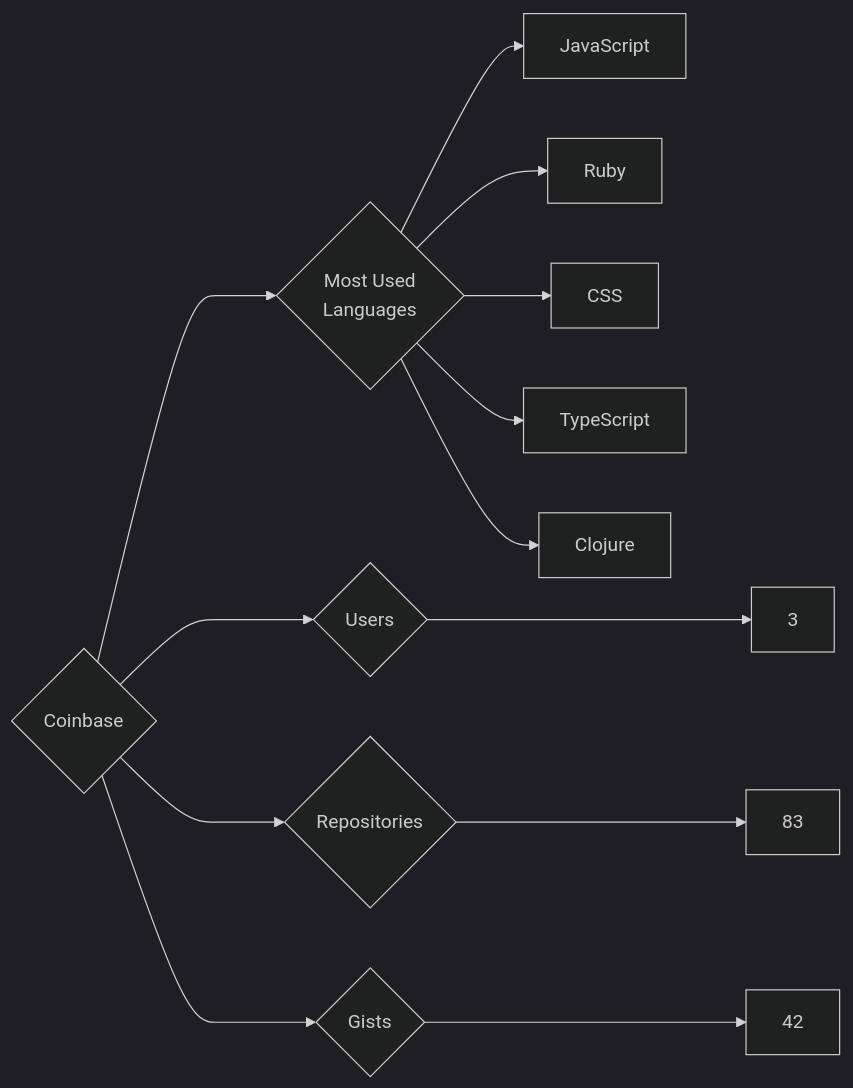
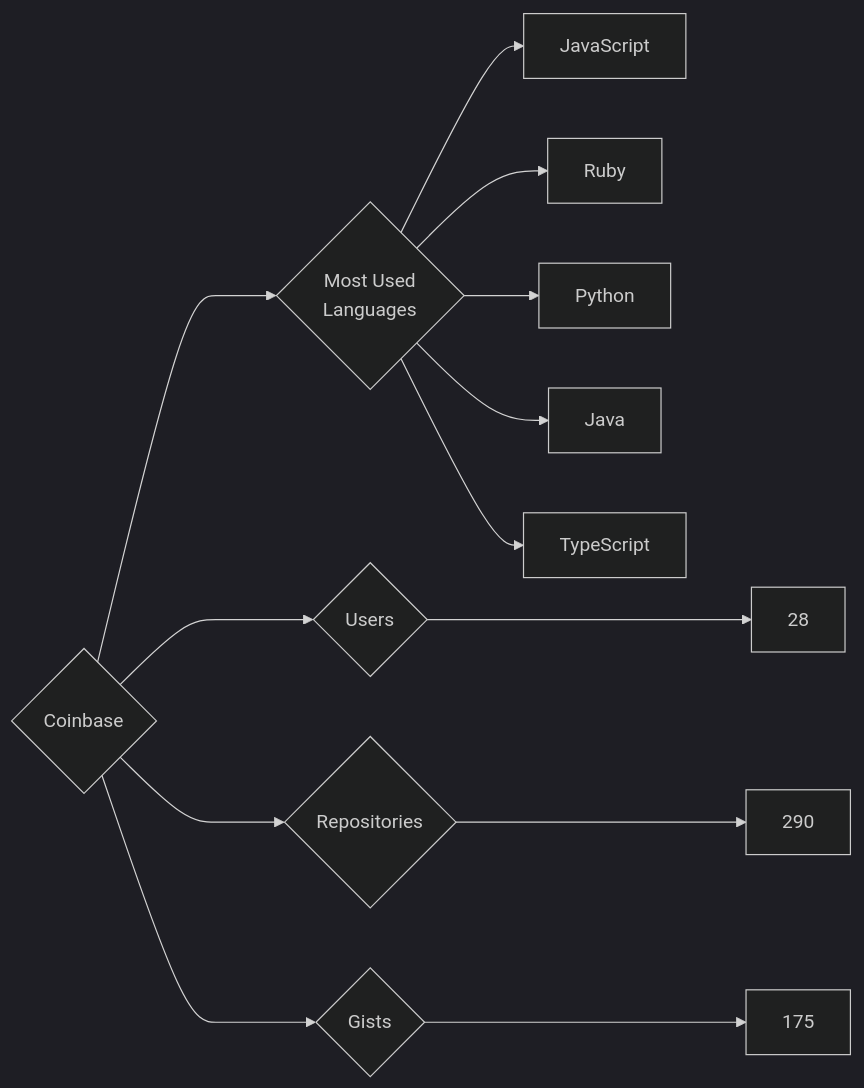
Before and after one commit to trickest/insiders: the diagram in targets/Coinbase/README.md, drawn with Mermaid (dark theme). The commit also changed 861 other files, not shown here.

````diff
--- a/targets/Coinbase/README.md
+++ b/targets/Coinbase/README.md
@@ -3,13 +3,13 @@
 ```mermaid
 graph LR
 COMPANY_NAME{Coinbase}
-COMPANY_NAME ---> U{Users} ---> UN[3]
-COMPANY_NAME ---> R{Repositories} ---> RN[83]
-COMPANY_NAME ---> G{Gists} ---> GN[42]
+COMPANY_NAME ---> U{Users} ---> UN[28]
+COMPANY_NAME ---> R{Repositories} ---> RN[290]
+COMPANY_NAME ---> G{Gists} ---> GN[175]
 COMPANY_NAME ---> ML{Most Used<br>Languages}
 ML --> JavaScript[JavaScript]
 ML --> Ruby[Ruby]
-ML --> CSS[CSS]
+ML --> Python[Python]
+ML --> Java[Java]
 ML --> TypeScript[TypeScript]
-ML --> Clojure[Clojure]
 ```
````
